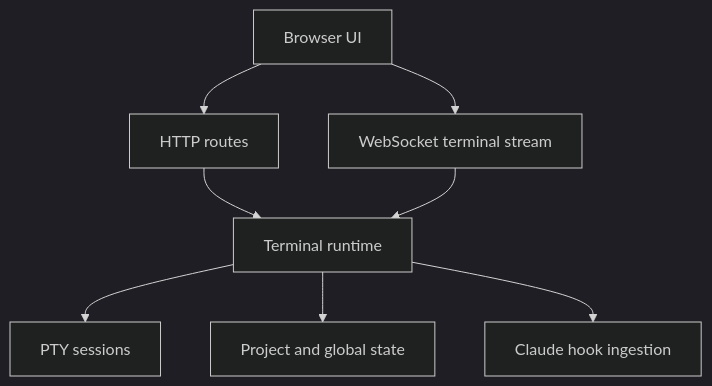
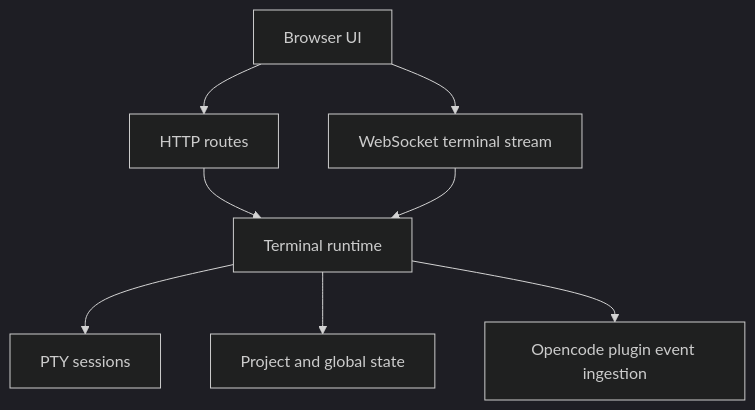
One commit to middleclassfiles/octopencode changed the diagram in docs/concepts/runtime-and-api.md. Above: the diagram before and after it, drawn with Mermaid (dark theme). The commit also changed other lines of this file and 138 other files, not shown here.

````diff
--- a/docs/concepts/runtime-and-api.md
+++ b/docs/concepts/runtime-and-api.md
@@ -7,10 +7,10 @@
 ```mermaid
 flowchart TD
   Browser[Browser UI] --> HTTP[HTTP routes]
   Browser --> WS[WebSocket terminal stream]
   HTTP --> Runtime[Terminal runtime]
   WS --> Runtime
   Runtime --> PTY[PTY sessions]
   Runtime --> Files["Project and global state"]
-  Runtime --> Hooks[Claude hook ingestion]
+  Runtime --> Hooks[Opencode plugin event ingestion]
 ```
````
